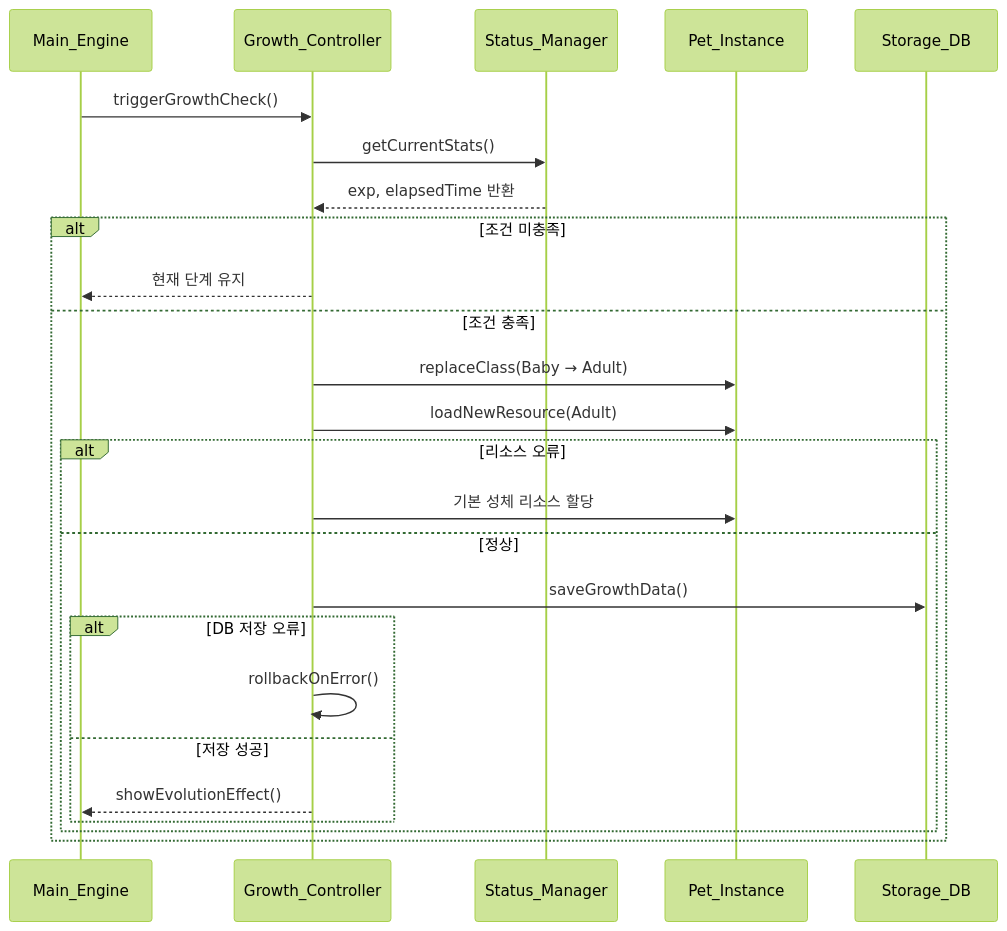
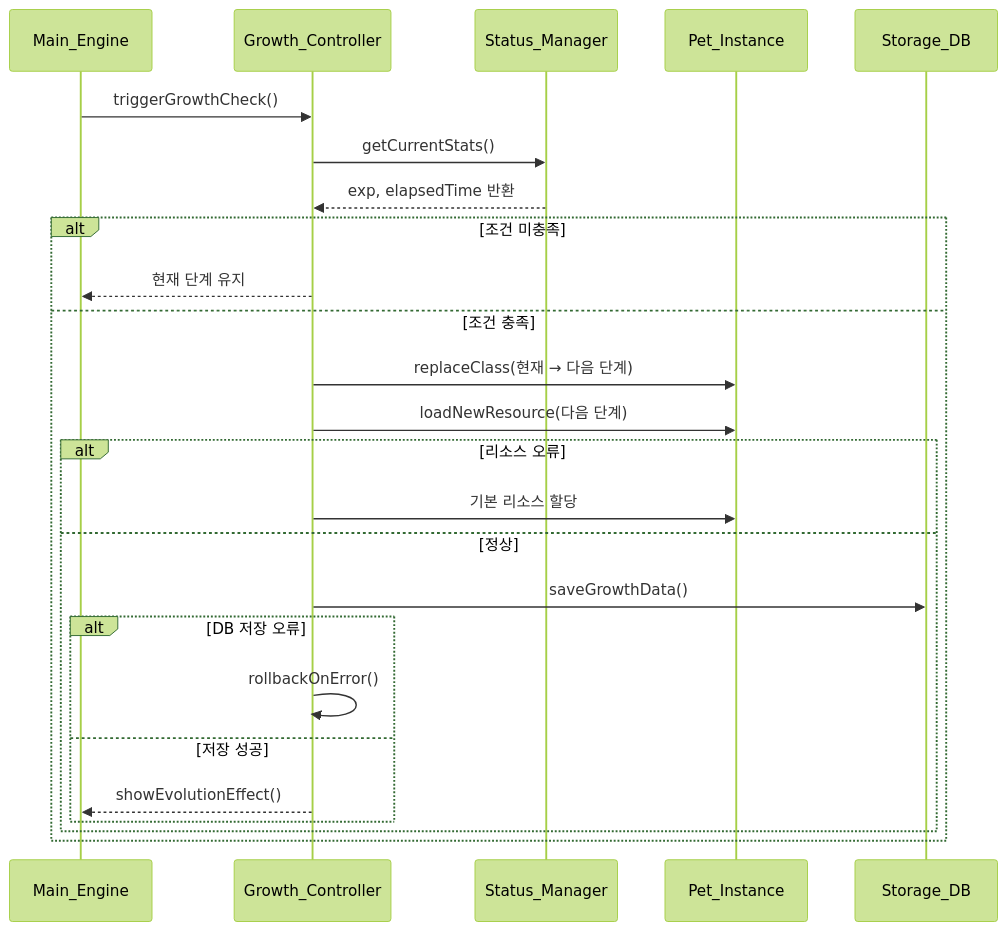
One commit to silver-hye/Log_Pet changed the ninth of 20 diagrams in design.md. Above: the diagram before and after it, drawn with Mermaid (forest theme). The commit also changed other lines of this file, not shown here.

````diff
--- a/design.md
+++ b/design.md
@@ -863,28 +1026,28 @@
 ```mermaid
 sequenceDiagram
   participant M as Main_Engine
   participant GC as Growth_Controller
   participant SM as Status_Manager
   participant P as Pet_Instance
   participant DB as Storage_DB
 
   M->>GC: triggerGrowthCheck()
   GC->>SM: getCurrentStats()
   SM-->>GC: exp, elapsedTime 반환
   alt 조건 미충족
     GC-->>M: 현재 단계 유지
   else 조건 충족
-    GC->>P: replaceClass(Baby → Adult)
-    GC->>P: loadNewResource(Adult)
+    GC->>P: replaceClass(현재 → 다음 단계)
+    GC->>P: loadNewResource(다음 단계)
     alt 리소스 오류
-      GC->>P: 기본 성체 리소스 할당
+      GC->>P: 기본 리소스 할당
     else 정상
       GC->>DB: saveGrowthData()
       alt DB 저장 오류
         GC->>GC: rollbackOnError()
       else 저장 성공
         GC-->>M: showEvolutionEffect()
       end
     end
   end
 ```
````
